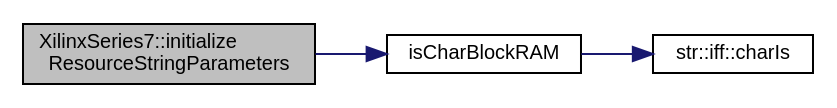
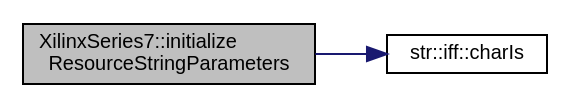
The diagram in classXilinxSeries7_aac5e9625d788f518700d194fe0fb4a10_cgraph.dot (FPGA-Research-Manchester/byteman), drawn with Graphviz before and after one commit. The commit also changed 375 other files, not shown here.

```diff
--- a/classXilinxSeries7_aac5e9625d788f518700d194fe0fb4a10_cgraph.dot
+++ b/classXilinxSeries7_aac5e9625d788f518700d194fe0fb4a10_cgraph.dot
@@ -1,13 +1,11 @@
 digraph "XilinxSeries7::initializeResourceStringParameters"
 {
  // INTERACTIVE_SVG=YES
  // LATEX_PDF_SIZE
   edge [fontname="Helvetica",fontsize="10",labelfontname="Helvetica",labelfontsize="10"];
   node [fontname="Helvetica",fontsize="10",shape=record];
   rankdir="LR";
   Node1 [label="XilinxSeries7::initialize\lResourceStringParameters",height=0.2,width=0.4,color="black", fillcolor="grey75", style="filled", fontcolor="black",tooltip=" "];
   Node1 -> Node2 [color="midnightblue",fontsize="10",style="solid",fontname="Helvetica"];
-  Node2 [label="isCharBlockRAM",height=0.2,width=0.4,color="black", fillcolor="white", style="filled",URL="$XilinxSeries7_8cpp.html#a1260c3fe176d73cb2f30b642c1c273f3",tooltip=" "];
-  Node2 -> Node3 [color="midnightblue",fontsize="10",style="solid",fontname="Helvetica"];
-  Node3 [label="str::iff::charIs",height=0.2,width=0.4,color="black", fillcolor="white", style="filled",URL="$namespacestr_1_1iff.html#a13e4e72af819f11af13d70eaabd75344",tooltip="Returns false. End of recursion for template."];
+  Node2 [label="str::iff::charIs",height=0.2,width=0.4,color="black", fillcolor="white", style="filled",URL="$namespacestr_1_1iff.html#a13e4e72af819f11af13d70eaabd75344",tooltip="Returns false. End of recursion for template."];
 }
```
